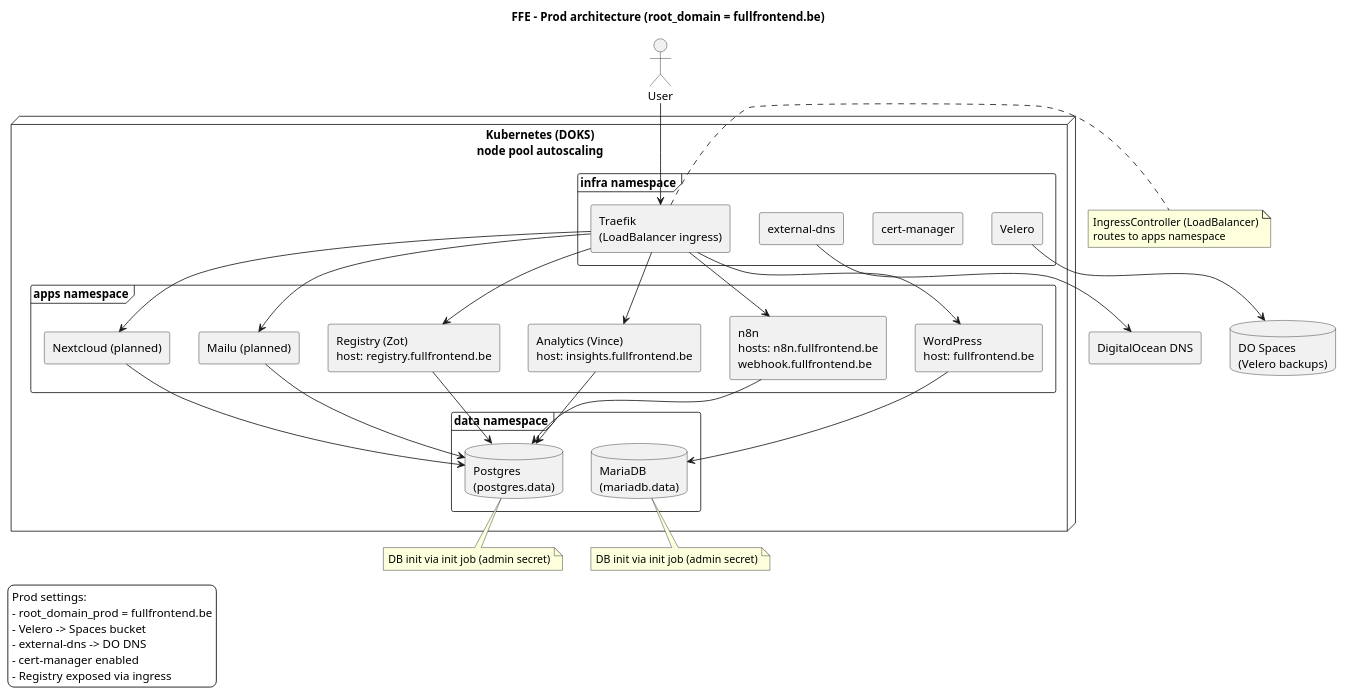
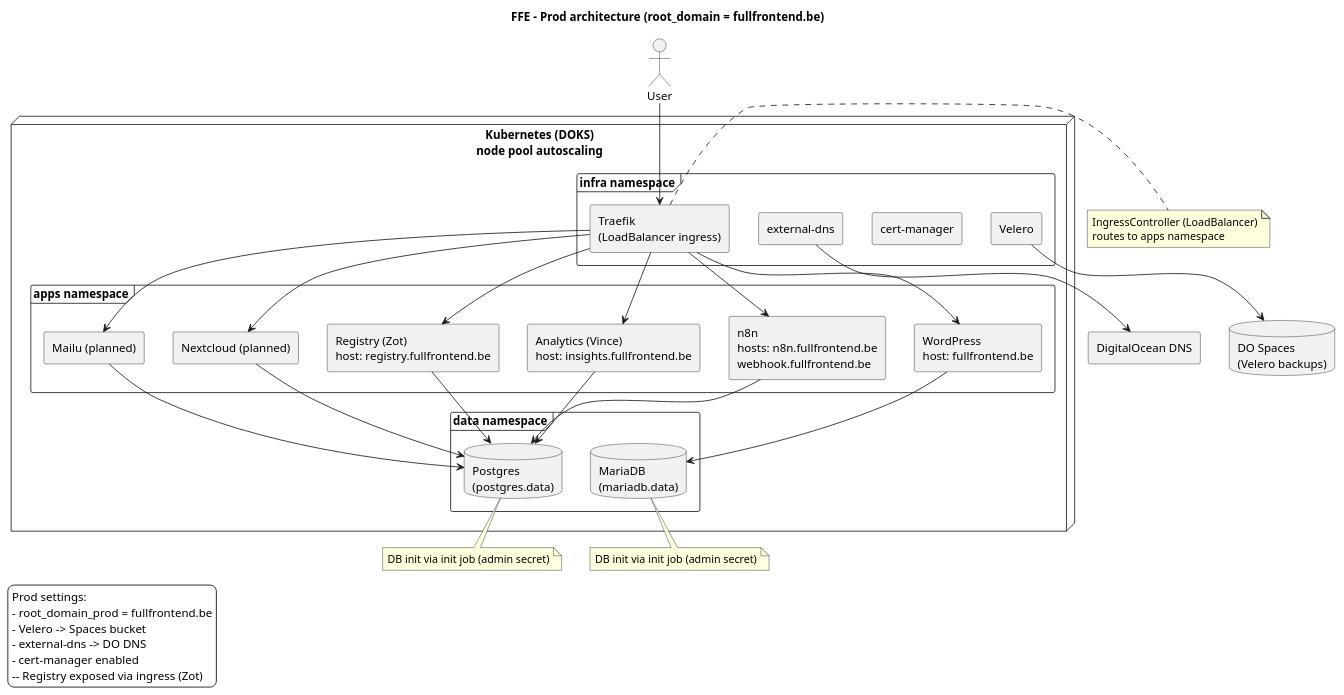
Before and after one commit to fullfrontend/FFE-Terraform: the diagram in docs/architecture-prod.puml, drawn with PlantUML. The commit also changed 2 other files, not shown here.

```diff
--- a/docs/architecture-prod.puml
+++ b/docs/architecture-prod.puml
@@ -1,75 +1,75 @@
 @startuml
 title FFE – Prod architecture (root_domain = fullfrontend.be)
 
 skinparam backgroundColor #ffffff
 skinparam componentStyle rectangle
 
 actor User
 
 rectangle "DigitalOcean DNS" as DODNS
 database "DO Spaces\n(Velero backups)" as Spaces
 
 node "Kubernetes (DOKS)\nnode pool autoscaling" {
   frame "infra namespace" {
     component "Traefik\n(LoadBalancer ingress)" as Traefik
     component "cert-manager"
     component "external-dns"
     component "Velero"
   }
 
   frame "data namespace" {
     database "Postgres\n(postgres.data)" as Postgres
     database "MariaDB\n(mariadb.data)" as MariaDB
   }
 
   frame "apps namespace" {
     component "WordPress\nhost: fullfrontend.be" as WP
     component "n8n\nhosts: n8n.fullfrontend.be\nwebhook.fullfrontend.be" as N8N
     component "Analytics (Vince)\nhost: insights.fullfrontend.be" as Vince
     component "Registry (Zot)\nhost: registry.fullfrontend.be" as Zot
+    component "Nextcloud (planned)" as Nextcloud
     component "Mailu (planned)" as Mailu
-    component "Nextcloud (planned)" as Nextcloud
   }
 }
 
 User --> Traefik
 Traefik --> WP
 Traefik --> N8N
 Traefik --> Vince
 Traefik --> Zot
 Traefik --> Mailu
 Traefik --> Nextcloud
 
 WP --> MariaDB
 N8N --> Postgres
 Vince --> Postgres
+Zot --> Postgres
 Mailu --> Postgres
 Nextcloud --> Postgres
-Zot --> Postgres
 
 "external-dns" --> DODNS
 Velero --> Spaces
 
 note right of Traefik
 IngressController (LoadBalancer)
 routes to apps namespace
 end note
 
 note bottom of Postgres
 DB init via init job (admin secret)
 end note
 
 note bottom of MariaDB
 DB init via init job (admin secret)
 end note
 
 legend left
 Prod settings:
 - root_domain_prod = fullfrontend.be
 - Velero -> Spaces bucket
 - external-dns -> DO DNS
 - cert-manager enabled
-- Registry exposed via ingress
+-- Registry exposed via ingress (Zot)
 endlegend
 
 @enduml
```
